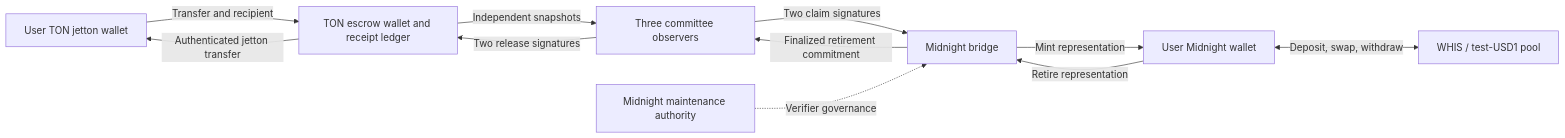
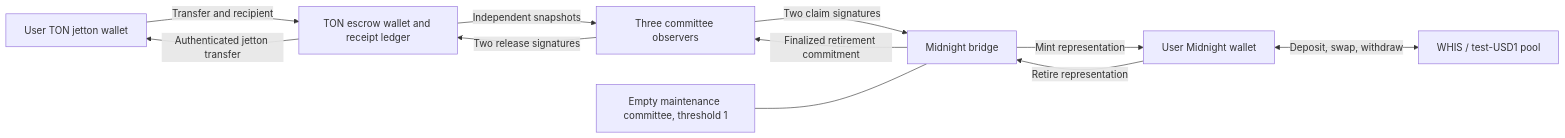
The diagram in docs/architecture.md (AlphaCompute/midnight-ton-bridge), drawn with Mermaid before and after one commit. The commit also changed other lines of this file and 32 other files, not shown here.

````diff
--- a/docs/architecture.md
+++ b/docs/architecture.md
@@ -3,13 +3,13 @@
 ```mermaid
 flowchart LR
   User[User TON jetton wallet] -->|Transfer and recipient| Escrow[TON escrow wallet and receipt ledger]
   Escrow -->|Independent snapshots| Signers[Three committee observers]
   Signers -->|Two claim signatures| Midnight[Midnight bridge]
   Midnight -->|Mint representation| Wallet[User Midnight wallet]
   Wallet <-->|Deposit, swap, withdraw| Pool[WHIS / test-USD1 pool]
   Wallet -->|Retire representation| Midnight
   Midnight -->|Finalized retirement commitment| Signers
   Signers -->|Two release signatures| Escrow
   Escrow -->|Authenticated jetton transfer| User
-  Maint[Midnight maintenance authority] -.->|Verifier governance| Midnight
+  Immutable[Empty maintenance committee, threshold 1] --- Midnight
 ```
````
